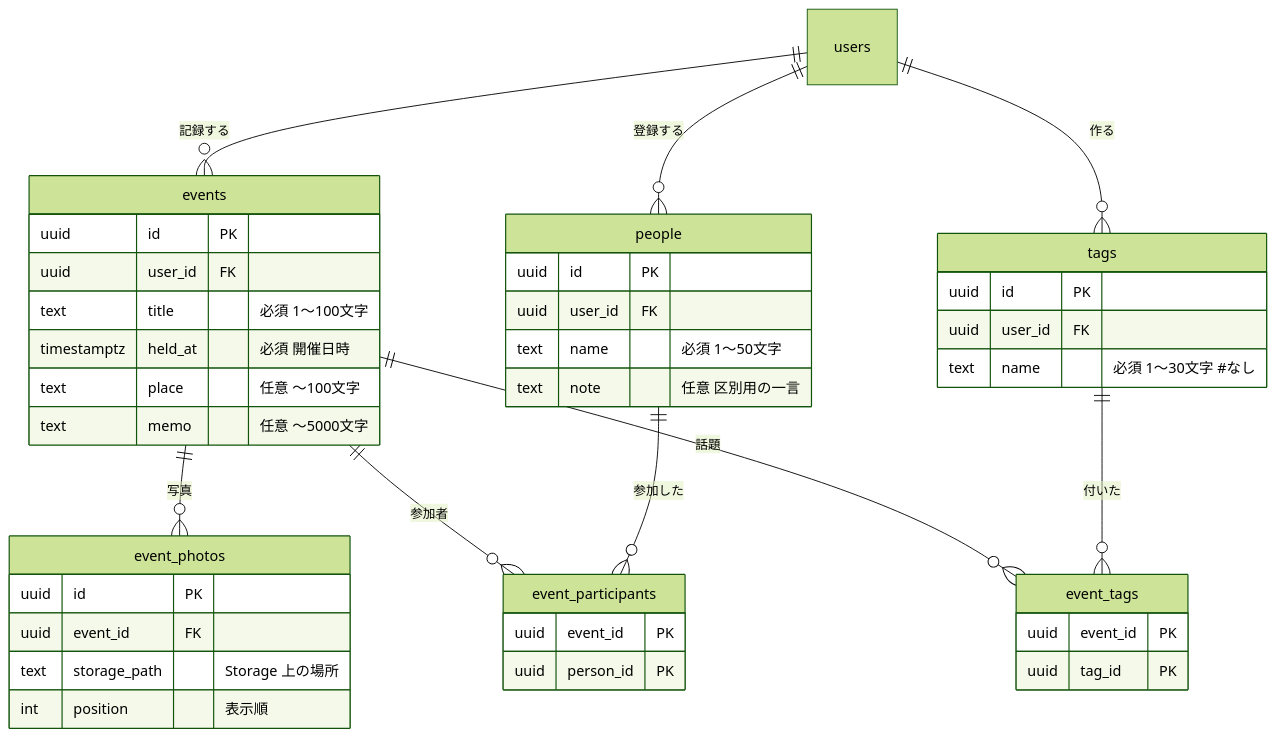
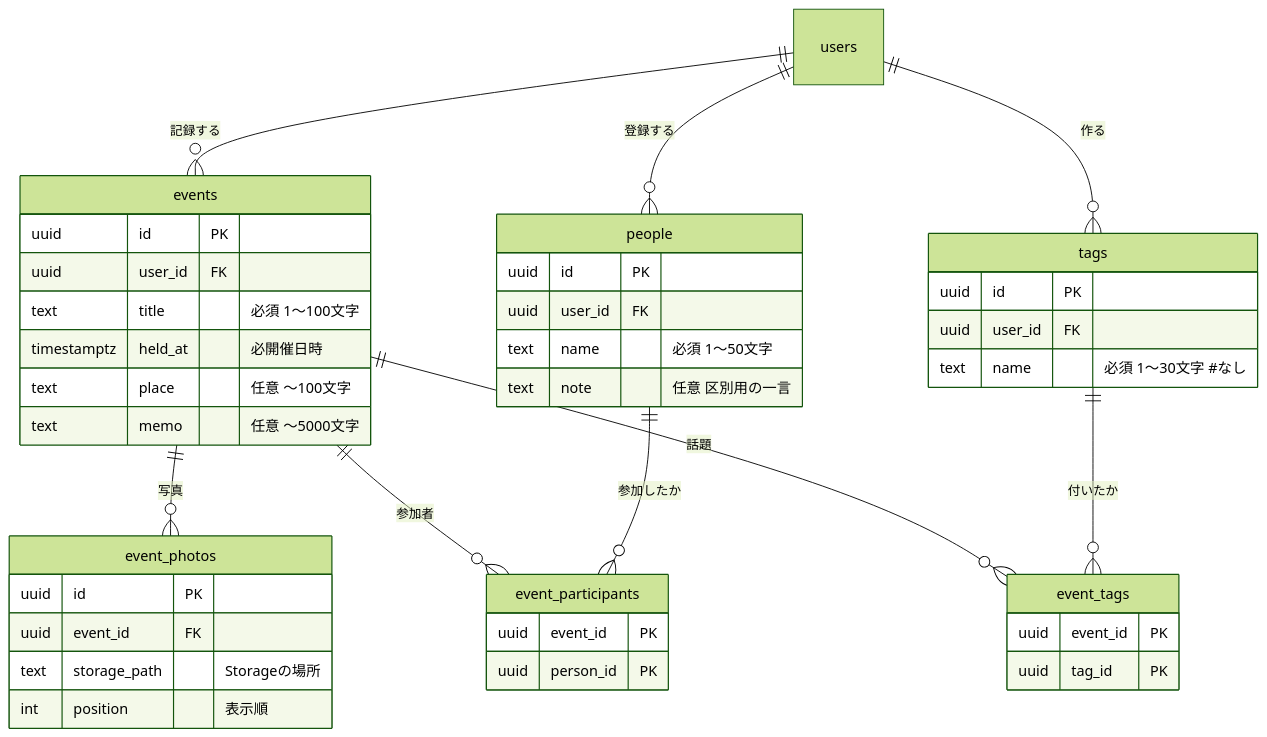
One commit to dokkanoT/nomimemo changed the diagram in docs/DB.md. Above: the diagram before and after it, drawn with Mermaid (forest theme). The commit also changed other lines of this file, not shown here.

````diff
--- a/docs/DB.md
+++ b/docs/DB.md
@@ -13,45 +12,45 @@
 ```mermaid
 erDiagram
     users ||--o{ events : "記録する"
     users ||--o{ people : "登録する"
     users ||--o{ tags : "作る"
     events ||--o{ event_photos : "写真"
     events ||--o{ event_participants : "参加者"
-    people ||--o{ event_participants : "参加した"
+    people ||--o{ event_participants : "参加したか"
     events ||--o{ event_tags : "話題"
-    tags ||--o{ event_tags : "付いた"
+    tags ||--o{ event_tags : "付いたか"
 
     events {
         uuid id PK
         uuid user_id FK
         text title "必須 1〜100文字"
-        timestamptz held_at "必須 開催日時"
+        timestamptz held_at "必開催日時"
         text place "任意 〜100文字"
         text memo "任意 〜5000文字"
     }
     event_photos {
         uuid id PK
         uuid event_id FK
-        text storage_path "Storage 上の場所"
+        text storage_path "Storageの場所"
         int position "表示順"
     }
     people {
         uuid id PK
         uuid user_id FK
         text name "必須 1〜50文字"
         text note "任意 区別用の一言"
     }
     event_participants {
         uuid event_id PK
         uuid person_id PK
     }
     tags {
         uuid id PK
         uuid user_id FK
         text name "必須 1〜30文字 #なし"
     }
     event_tags {
         uuid event_id PK
         uuid tag_id PK
     }
 ```
````
